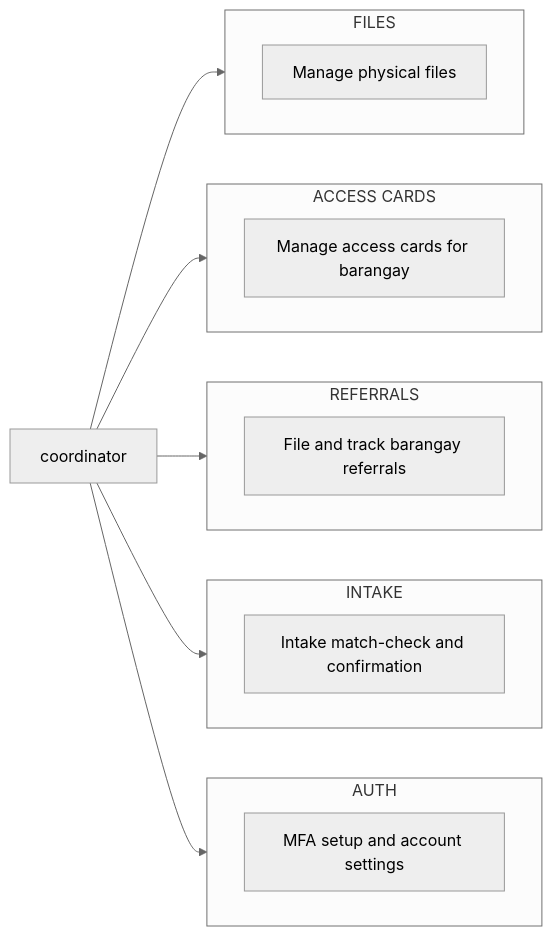
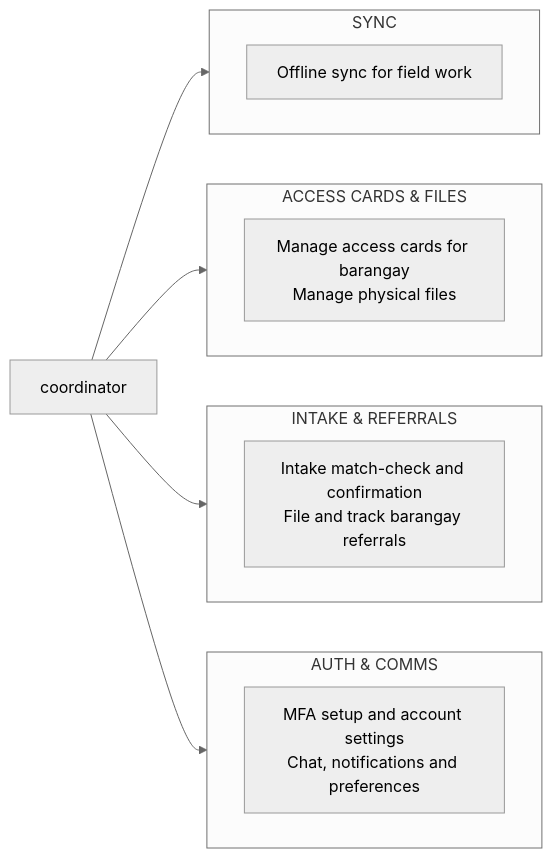
The fifth of 10 diagrams in docs/diagrams/02-use-case-diagram.md (urlsalimbot/THESIS1-KAPWA), drawn with Mermaid (neutral theme) before and after one commit. The commit also changed other lines of this file, not shown here.

Commit message:
docs: pair each role's category-grouped use case diagram with its description on one letter page

````diff
--- a/docs/diagrams/02-use-case-diagram.md
+++ b/docs/diagrams/02-use-case-diagram.md
@@ -176,35 +142,29 @@
 ```mermaid
 flowchart LR
     CO["coordinator"]
 
-    subgraph Auth[AUTH]
+    subgraph AuthComms[AUTH & COMMS]
         direction LR
-        K1["MFA setup and account settings"]
+        K1["MFA setup and account settings<br/>Chat, notifications and preferences"]
     end
 
-    subgraph Intake[INTAKE]
+    subgraph IntakeRef[INTAKE & REFERRALS]
         direction LR
-        K2["Intake match-check and confirmation"]
+        K2["Intake match-check and confirmation<br/>File and track barangay referrals"]
     end
 
-    subgraph Referrals[REFERRALS]
+    subgraph CardsFiles[ACCESS CARDS & FILES]
         direction LR
-        K3["File and track barangay referrals"]
+        K3["Manage access cards for barangay<br/>Manage physical files"]
     end
 
-    subgraph AccessCards[ACCESS CARDS]
+    subgraph Sync[SYNC]
         direction LR
-        K4["Manage access cards for barangay"]
-    end
-
-    subgraph Files[FILES]
-        direction LR
-        K5["Manage physical files"]
+        K4["Offline sync for field work"]
     end
 
     CO --> K1
     CO --> K2
     CO --> K3
     CO --> K4
-    CO --> K5
 ```
````
